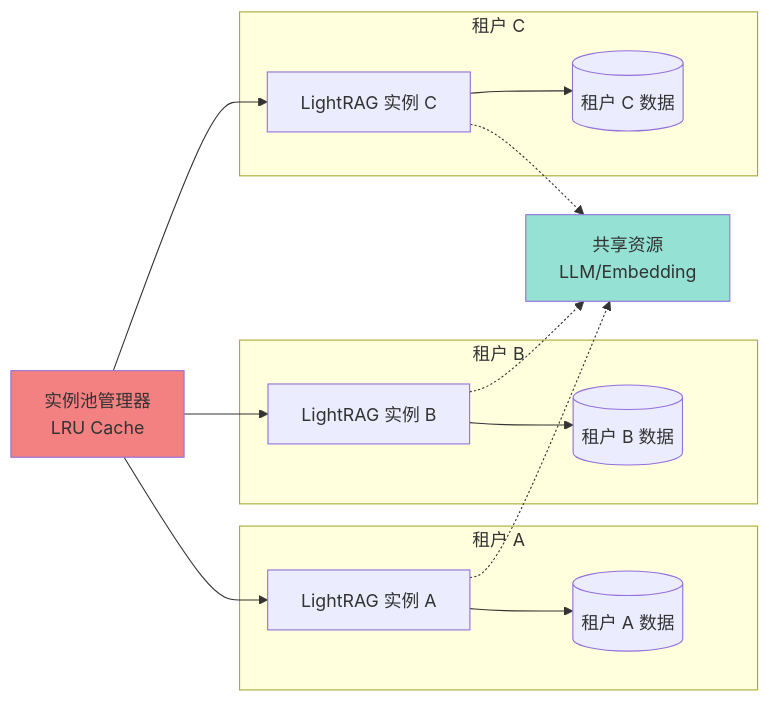
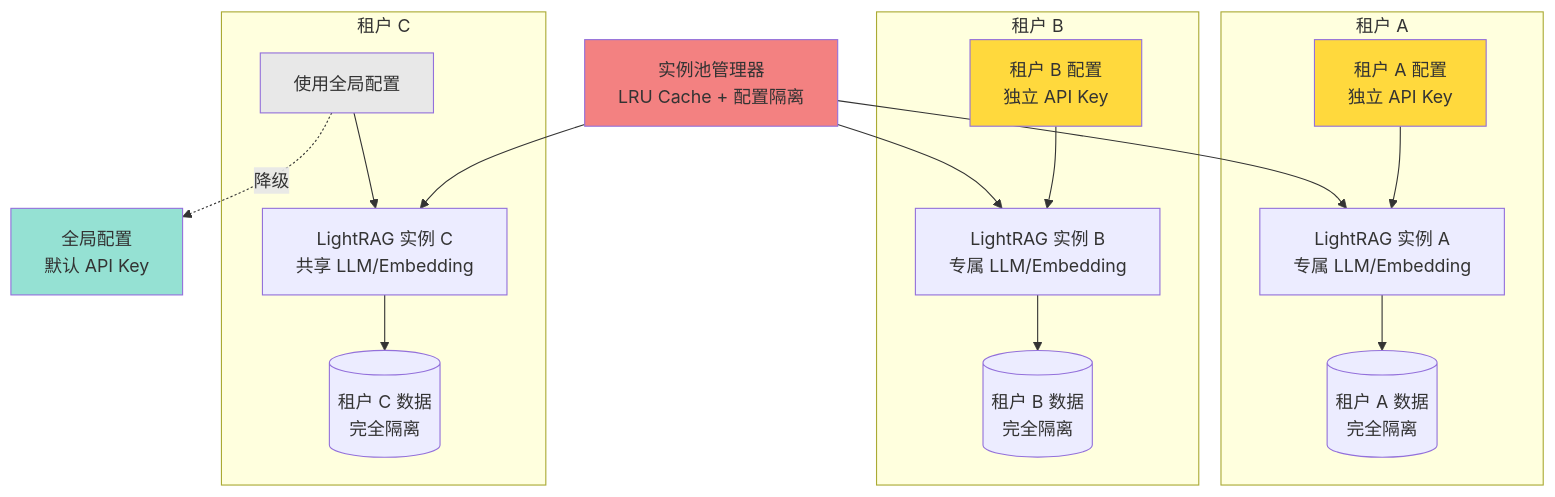
The second of 2 diagrams in README.md (BukeLy/rag-api), drawn with Mermaid before and after one commit. The commit also changed other lines of this file and 3 other files, not shown here.

````diff
--- a/README.md
+++ b/README.md
@@ -182,36 +182,41 @@
 ```mermaid
-graph LR
+graph TB
     subgraph "租户 A"
-        A_Instance[LightRAG 实例 A]
-        A_Data[(租户 A 数据)]
+        A_Config[租户 A 配置<br/>独立 API Key]
+        A_Instance[LightRAG 实例 A<br/>专属 LLM/Embedding]
+        A_Data[(租户 A 数据<br/>完全隔离)]
+        A_Config --> A_Instance
+        A_Instance --> A_Data
     end
-    
+
     subgraph "租户 B"
-        B_Instance[LightRAG 实例 B]
-        B_Data[(租户 B 数据)]
+        B_Config[租户 B 配置<br/>独立 API Key]
+        B_Instance[LightRAG 实例 B<br/>专属 LLM/Embedding]
+        B_Data[(租户 B 数据<br/>完全隔离)]
+        B_Config --> B_Instance
+        B_Instance --> B_Data
     end
-    
+
     subgraph "租户 C"
-        C_Instance[LightRAG 实例 C]
-        C_Data[(租户 C 数据)]
+        C_Config[使用全局配置]
+        C_Instance[LightRAG 实例 C<br/>共享 LLM/Embedding]
+        C_Data[(租户 C 数据<br/>完全隔离)]
+        C_Config --> C_Instance
+        C_Instance --> C_Data
     end
-    
-    Pool[实例池管理器<br/>LRU Cache]
-    
-    Shared[共享资源<br/>LLM/Embedding]
-    
+
+    Pool[实例池管理器<br/>LRU Cache + 配置隔离]
+    Global[全局配置<br/>默认 API Key]
+
     Pool --> A_Instance
     Pool --> B_Instance
     Pool --> C_Instance
-    
-    A_Instance --> A_Data
-    B_Instance --> B_Data
-    C_Instance --> C_Data
-    
-    A_Instance -.-> Shared
-    B_Instance -.-> Shared
-    C_Instance -.-> Shared
-    
+
+    C_Config -.降级.-> Global
+
     style Pool fill:#F38181
-    style Shared fill:#95E1D3
+    style Global fill:#95E1D3
+    style A_Config fill:#FFD93D
+    style B_Config fill:#FFD93D
+    style C_Config fill:#E8E8E8
 ```
````
